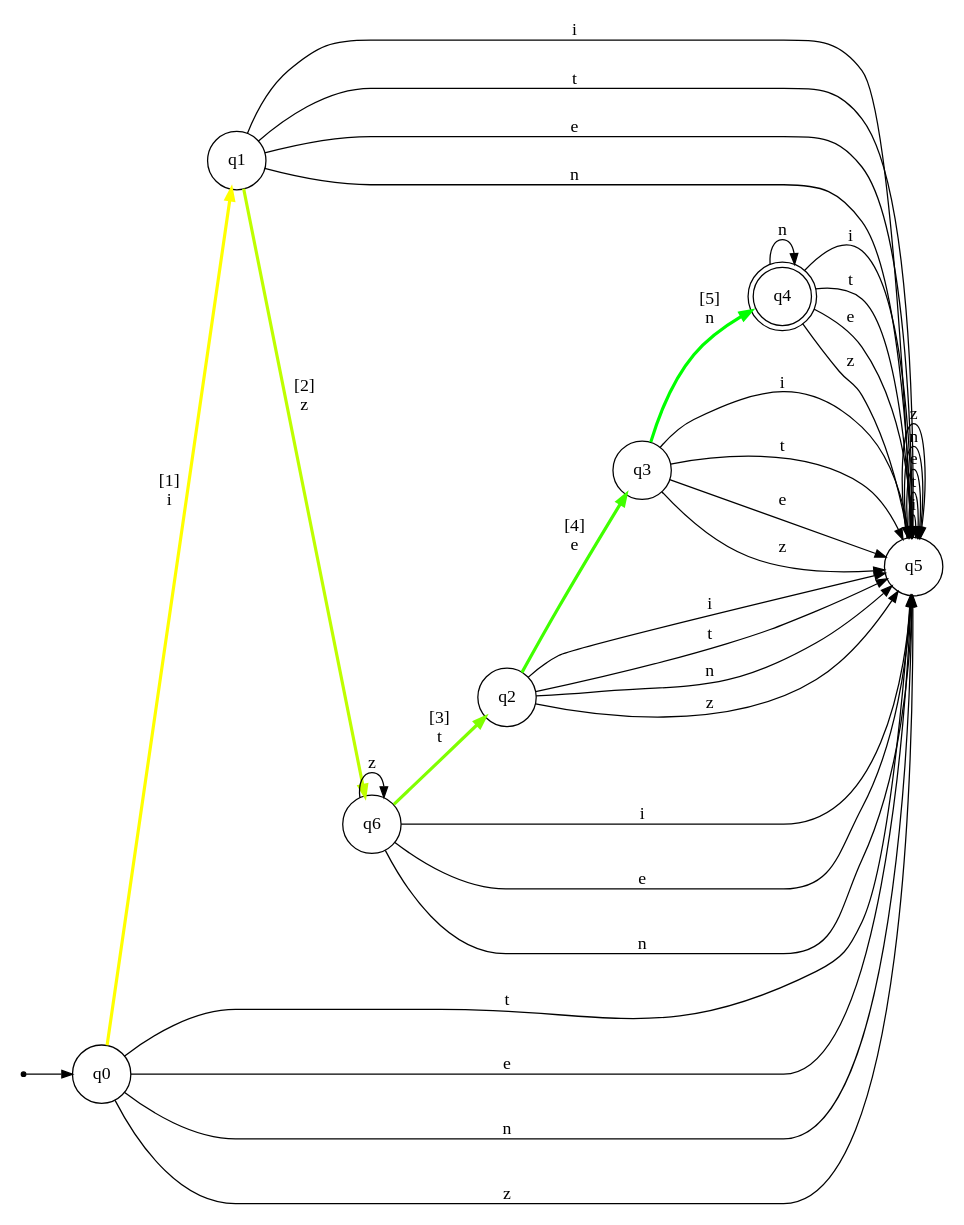
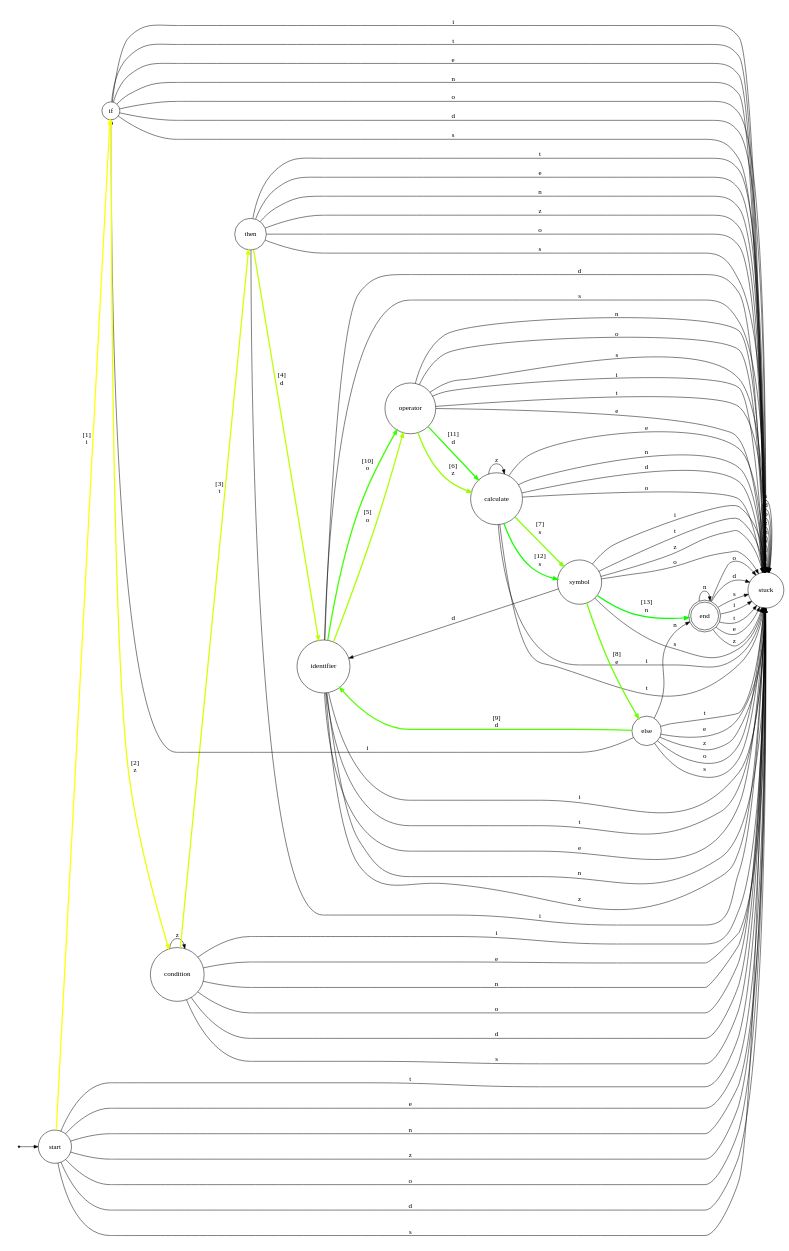
One commit to MohamadAbdelmoniem/Compiler-Spring-2022 changed the diagram in Source/Code/Digraph.gv. Above: the diagram before and after it, drawn with Graphviz. The commit also changed 3 other files, not shown here.

```diff
--- a/Source/Code/Digraph.gv
+++ b/Source/Code/Digraph.gv
@@ -1,53 +1,120 @@
 digraph {
 	ranksep=0.5 size="8, 8"
 	rankdir=LR
 	Initial [label="" fontsize=14.0 shape=point]
-	q0 [fontsize=14.0 shape=circle]
-	q1 [fontsize=14.0 shape=circle]
-	q2 [fontsize=14.0 shape=circle]
-	q3 [fontsize=14.0 shape=circle]
-	q4 [fontsize=14.0 shape=doublecircle]
-	q5 [fontsize=14.0 shape=circle]
-	q6 [fontsize=14.0 shape=circle]
-	Initial -> q0 [arrowsize=0.85]
-	q0 -> q1 [label=" [1]
+	calculate [fontsize=14.0 shape=circle]
+	condition [fontsize=14.0 shape=circle]
+	else [fontsize=14.0 shape=circle]
+	end [fontsize=14.0 shape=doublecircle]
+	identifier [fontsize=14.0 shape=circle]
+	if [fontsize=14.0 shape=circle]
+	operator [fontsize=14.0 shape=circle]
+	start [fontsize=14.0 shape=circle]
+	stuck [fontsize=14.0 shape=circle]
+	symbol [fontsize=14.0 shape=circle]
+	then [fontsize=14.0 shape=circle]
+	Initial -> start [arrowsize=0.85]
+	start -> if [label=" [1]
 i " arrowsize=0.85 color="#ffff00" fontsize=14.0 penwidth=2.5]
-	q1 -> q6 [label=" [2]
-z " arrowsize=0.85 color="#bfff00" fontsize=14.0 penwidth=2.5]
-	q6 -> q2 [label=" [3]
-t " arrowsize=0.85 color="#80ff00" fontsize=14.0 penwidth=2.5]
-	q2 -> q3 [label=" [4]
-e " arrowsize=0.85 color="#40ff00" fontsize=14.0 penwidth=2.5]
-	q3 -> q4 [label=" [5]
+	if -> condition [label=" [2]
+z " arrowsize=0.85 color="#eaff00" fontsize=14.0 penwidth=2.5]
+	condition -> then [label=" [3]
+t " arrowsize=0.85 color="#d5ff00" fontsize=14.0 penwidth=2.5]
+	then -> identifier [label=" [4]
+d " arrowsize=0.85 color="#bfff00" fontsize=14.0 penwidth=2.5]
+	identifier -> operator [label=" [5]
+o " arrowsize=0.85 color="#aaff00" fontsize=14.0 penwidth=2.5]
+	operator -> calculate [label=" [6]
+z " arrowsize=0.85 color="#95ff00" fontsize=14.0 penwidth=2.5]
+	calculate -> symbol [label=" [7]
+s " arrowsize=0.85 color="#80ff00" fontsize=14.0 penwidth=2.5]
+	symbol -> else [label=" [8]
+e " arrowsize=0.85 color="#6aff00" fontsize=14.0 penwidth=2.5]
+	else -> identifier [label=" [9]
+d " arrowsize=0.85 color="#55ff00" fontsize=14.0 penwidth=2.5]
+	identifier -> operator [label=" [10]
+o " arrowsize=0.85 color="#40ff00" fontsize=14.0 penwidth=2.5]
+	operator -> calculate [label=" [11]
+d " arrowsize=0.85 color="#2bff00" fontsize=14.0 penwidth=2.5]
+	calculate -> symbol [label=" [12]
+s " arrowsize=0.85 color="#15ff00" fontsize=14.0 penwidth=2.5]
+	symbol -> end [label=" [13]
 n " arrowsize=0.85 color="#00ff00" fontsize=14.0 penwidth=2.5]
-	q0 -> q5 [label=" t " arrowsize=0.85 fontsize=14.0]
-	q0 -> q5 [label=" e " arrowsize=0.85 fontsize=14.0]
-	q0 -> q5 [label=" n " arrowsize=0.85 fontsize=14.0]
-	q0 -> q5 [label=" z " arrowsize=0.85 fontsize=14.0]
-	q1 -> q5 [label=" i " arrowsize=0.85 fontsize=14.0]
-	q1 -> q5 [label=" t " arrowsize=0.85 fontsize=14.0]
-	q1 -> q5 [label=" e " arrowsize=0.85 fontsize=14.0]
-	q1 -> q5 [label=" n " arrowsize=0.85 fontsize=14.0]
-	q2 -> q5 [label=" i " arrowsize=0.85 fontsize=14.0]
-	q2 -> q5 [label=" t " arrowsize=0.85 fontsize=14.0]
-	q2 -> q5 [label=" n " arrowsize=0.85 fontsize=14.0]
-	q2 -> q5 [label=" z " arrowsize=0.85 fontsize=14.0]
-	q3 -> q5 [label=" i " arrowsize=0.85 fontsize=14.0]
-	q3 -> q5 [label=" t " arrowsize=0.85 fontsize=14.0]
-	q3 -> q5 [label=" e " arrowsize=0.85 fontsize=14.0]
-	q3 -> q5 [label=" z " arrowsize=0.85 fontsize=14.0]
-	q4 -> q5 [label=" i " arrowsize=0.85 fontsize=14.0]
-	q4 -> q5 [label=" t " arrowsize=0.85 fontsize=14.0]
-	q4 -> q5 [label=" e " arrowsize=0.85 fontsize=14.0]
-	q4 -> q4 [label=" n " arrowsize=0.85 fontsize=14.0]
-	q4 -> q5 [label=" z " arrowsize=0.85 fontsize=14.0]
-	q5 -> q5 [label=" i " arrowsize=0.85 fontsize=14.0]
-	q5 -> q5 [label=" t " arrowsize=0.85 fontsize=14.0]
-	q5 -> q5 [label=" e " arrowsize=0.85 fontsize=14.0]
-	q5 -> q5 [label=" n " arrowsize=0.85 fontsize=14.0]
-	q5 -> q5 [label=" z " arrowsize=0.85 fontsize=14.0]
-	q6 -> q5 [label=" i " arrowsize=0.85 fontsize=14.0]
-	q6 -> q6 [label=" z " arrowsize=0.85 fontsize=14.0]
-	q6 -> q5 [label=" e " arrowsize=0.85 fontsize=14.0]
-	q6 -> q5 [label=" n " arrowsize=0.85 fontsize=14.0]
+	start -> stuck [label=" t " arrowsize=0.85 fontsize=14.0]
+	start -> stuck [label=" e " arrowsize=0.85 fontsize=14.0]
+	start -> stuck [label=" n " arrowsize=0.85 fontsize=14.0]
+	start -> stuck [label=" z " arrowsize=0.85 fontsize=14.0]
+	start -> stuck [label=" o " arrowsize=0.85 fontsize=14.0]
+	start -> stuck [label=" d " arrowsize=0.85 fontsize=14.0]
+	start -> stuck [label=" s " arrowsize=0.85 fontsize=14.0]
+	if -> stuck [label=" i " arrowsize=0.85 fontsize=14.0]
+	if -> stuck [label=" t " arrowsize=0.85 fontsize=14.0]
+	if -> stuck [label=" e " arrowsize=0.85 fontsize=14.0]
+	if -> stuck [label=" n " arrowsize=0.85 fontsize=14.0]
+	if -> stuck [label=" o " arrowsize=0.85 fontsize=14.0]
+	if -> stuck [label=" d " arrowsize=0.85 fontsize=14.0]
+	if -> stuck [label=" s " arrowsize=0.85 fontsize=14.0]
+	then -> stuck [label=" i " arrowsize=0.85 fontsize=14.0]
+	then -> stuck [label=" t " arrowsize=0.85 fontsize=14.0]
+	then -> stuck [label=" e " arrowsize=0.85 fontsize=14.0]
+	then -> stuck [label=" n " arrowsize=0.85 fontsize=14.0]
+	then -> stuck [label=" z " arrowsize=0.85 fontsize=14.0]
+	then -> stuck [label=" o " arrowsize=0.85 fontsize=14.0]
+	then -> stuck [label=" s " arrowsize=0.85 fontsize=14.0]
+	else -> if [label=" i " arrowsize=0.85 fontsize=14.0]
+	else -> stuck [label=" t " arrowsize=0.85 fontsize=14.0]
+	else -> stuck [label=" e " arrowsize=0.85 fontsize=14.0]
+	else -> end [label=" n " arrowsize=0.85 fontsize=14.0]
+	else -> stuck [label=" z " arrowsize=0.85 fontsize=14.0]
+	else -> stuck [label=" o " arrowsize=0.85 fontsize=14.0]
+	else -> stuck [label=" s " arrowsize=0.85 fontsize=14.0]
+	end -> stuck [label=" i " arrowsize=0.85 fontsize=14.0]
+	end -> stuck [label=" t " arrowsize=0.85 fontsize=14.0]
+	end -> stuck [label=" e " arrowsize=0.85 fontsize=14.0]
+	end -> end [label=" n " arrowsize=0.85 fontsize=14.0]
+	end -> stuck [label=" z " arrowsize=0.85 fontsize=14.0]
+	end -> stuck [label=" o " arrowsize=0.85 fontsize=14.0]
+	end -> stuck [label=" d " arrowsize=0.85 fontsize=14.0]
+	end -> stuck [label=" s " arrowsize=0.85 fontsize=14.0]
+	stuck -> stuck [label=" i " arrowsize=0.85 fontsize=14.0]
+	stuck -> stuck [label=" t " arrowsize=0.85 fontsize=14.0]
+	stuck -> stuck [label=" e " arrowsize=0.85 fontsize=14.0]
+	stuck -> stuck [label=" n " arrowsize=0.85 fontsize=14.0]
+	stuck -> stuck [label=" z " arrowsize=0.85 fontsize=14.0]
+	stuck -> stuck [label=" o " arrowsize=0.85 fontsize=14.0]
+	stuck -> stuck [label=" d " arrowsize=0.85 fontsize=14.0]
+	stuck -> stuck [label=" s " arrowsize=0.85 fontsize=14.0]
+	condition -> stuck [label=" i " arrowsize=0.85 fontsize=14.0]
+	condition -> condition [label=" z " arrowsize=0.85 fontsize=14.0]
+	condition -> stuck [label=" e " arrowsize=0.85 fontsize=14.0]
+	condition -> stuck [label=" n " arrowsize=0.85 fontsize=14.0]
+	condition -> stuck [label=" o " arrowsize=0.85 fontsize=14.0]
+	condition -> stuck [label=" d " arrowsize=0.85 fontsize=14.0]
+	condition -> stuck [label=" s " arrowsize=0.85 fontsize=14.0]
+	identifier -> stuck [label=" i " arrowsize=0.85 fontsize=14.0]
+	identifier -> stuck [label=" t " arrowsize=0.85 fontsize=14.0]
+	identifier -> stuck [label=" e " arrowsize=0.85 fontsize=14.0]
+	identifier -> stuck [label=" n " arrowsize=0.85 fontsize=14.0]
+	identifier -> stuck [label=" z " arrowsize=0.85 fontsize=14.0]
+	identifier -> stuck [label=" d " arrowsize=0.85 fontsize=14.0]
+	identifier -> stuck [label=" s " arrowsize=0.85 fontsize=14.0]
+	operator -> stuck [label=" i " arrowsize=0.85 fontsize=14.0]
+	operator -> stuck [label=" t " arrowsize=0.85 fontsize=14.0]
+	operator -> stuck [label=" e " arrowsize=0.85 fontsize=14.0]
+	operator -> stuck [label=" n " arrowsize=0.85 fontsize=14.0]
+	operator -> stuck [label=" o " arrowsize=0.85 fontsize=14.0]
+	operator -> stuck [label=" s " arrowsize=0.85 fontsize=14.0]
+	calculate -> stuck [label=" i " arrowsize=0.85 fontsize=14.0]
+	calculate -> stuck [label=" t " arrowsize=0.85 fontsize=14.0]
+	calculate -> stuck [label=" e " arrowsize=0.85 fontsize=14.0]
+	calculate -> stuck [label=" n " arrowsize=0.85 fontsize=14.0]
+	calculate -> calculate [label=" z " arrowsize=0.85 fontsize=14.0]
+	calculate -> stuck [label=" d " arrowsize=0.85 fontsize=14.0]
+	calculate -> stuck [label=" o " arrowsize=0.85 fontsize=14.0]
+	symbol -> stuck [label=" i " arrowsize=0.85 fontsize=14.0]
+	symbol -> stuck [label=" t " arrowsize=0.85 fontsize=14.0]
+	symbol -> stuck [label=" z " arrowsize=0.85 fontsize=14.0]
+	symbol -> identifier [label=" d " arrowsize=0.85 fontsize=14.0]
+	symbol -> stuck [label=" o " arrowsize=0.85 fontsize=14.0]
+	symbol -> stuck [label=" s " arrowsize=0.85 fontsize=14.0]
 }
```
